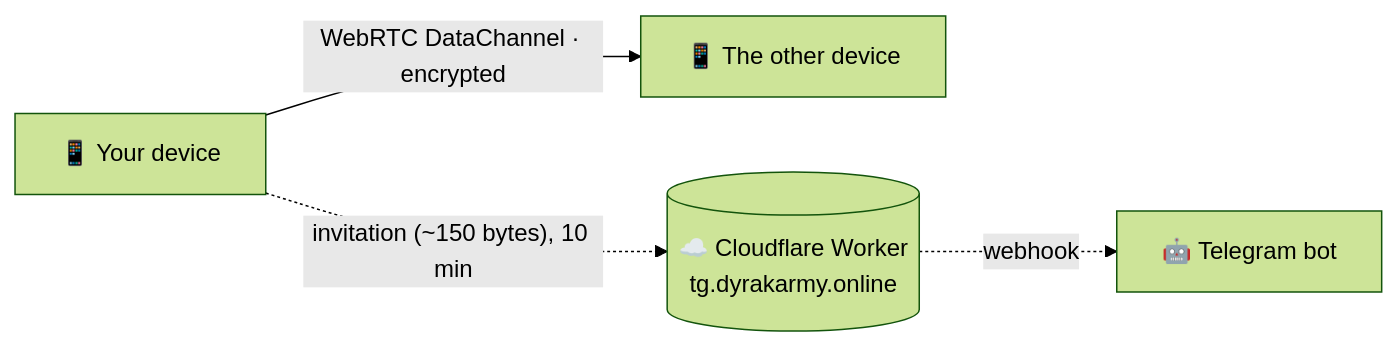
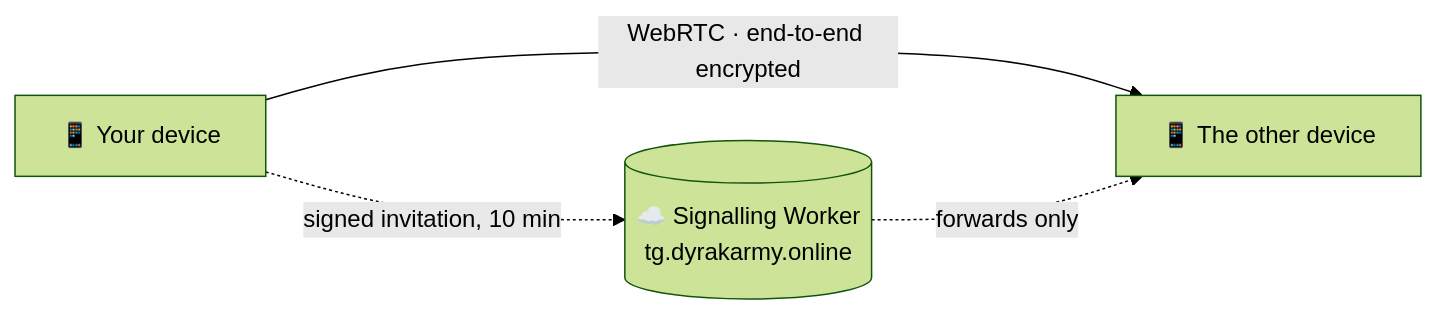
The second of 2 diagrams in README.md (biramentv-ux/p2p-pure), drawn with Mermaid (forest theme) before and after one commit. The commit also changed other lines of this file and 6 other files, not shown here.

````diff
--- a/README.md
+++ b/README.md
@@ -234,6 +318,6 @@
 ```mermaid
 flowchart LR
-  A["📱 Your device"] -- "WebRTC DataChannel · encrypted" --> B["📱 The other device"]
-  A -. "invitation (~150 bytes), 10 min" .-> W[("☁️ Cloudflare Worker<br/>tg.dyrakarmy.online")]
-  W -. "webhook" .-> T["🤖 Telegram bot"]
+  A["📱 Your device"] -- "WebRTC · end-to-end encrypted" --> B["📱 The other device"]
+  A -. "signed invitation, 10 min" .-> W[("☁️ Signalling Worker<br/>tg.dyrakarmy.online")]
+  W -. "forwards only" .-> B
 ```
````
